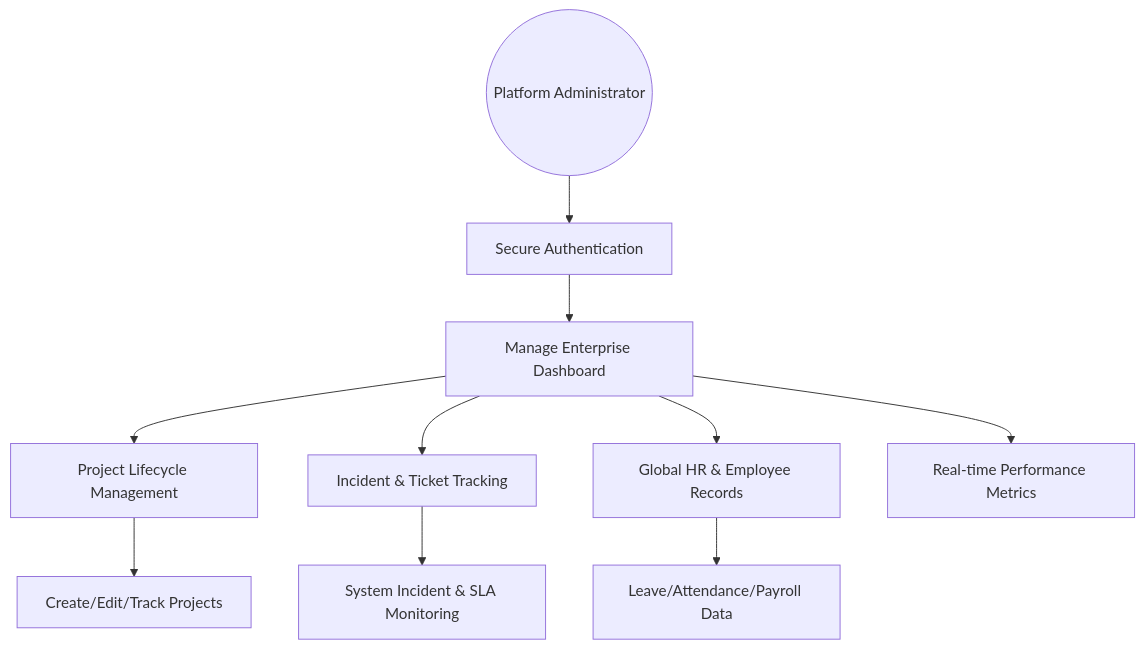
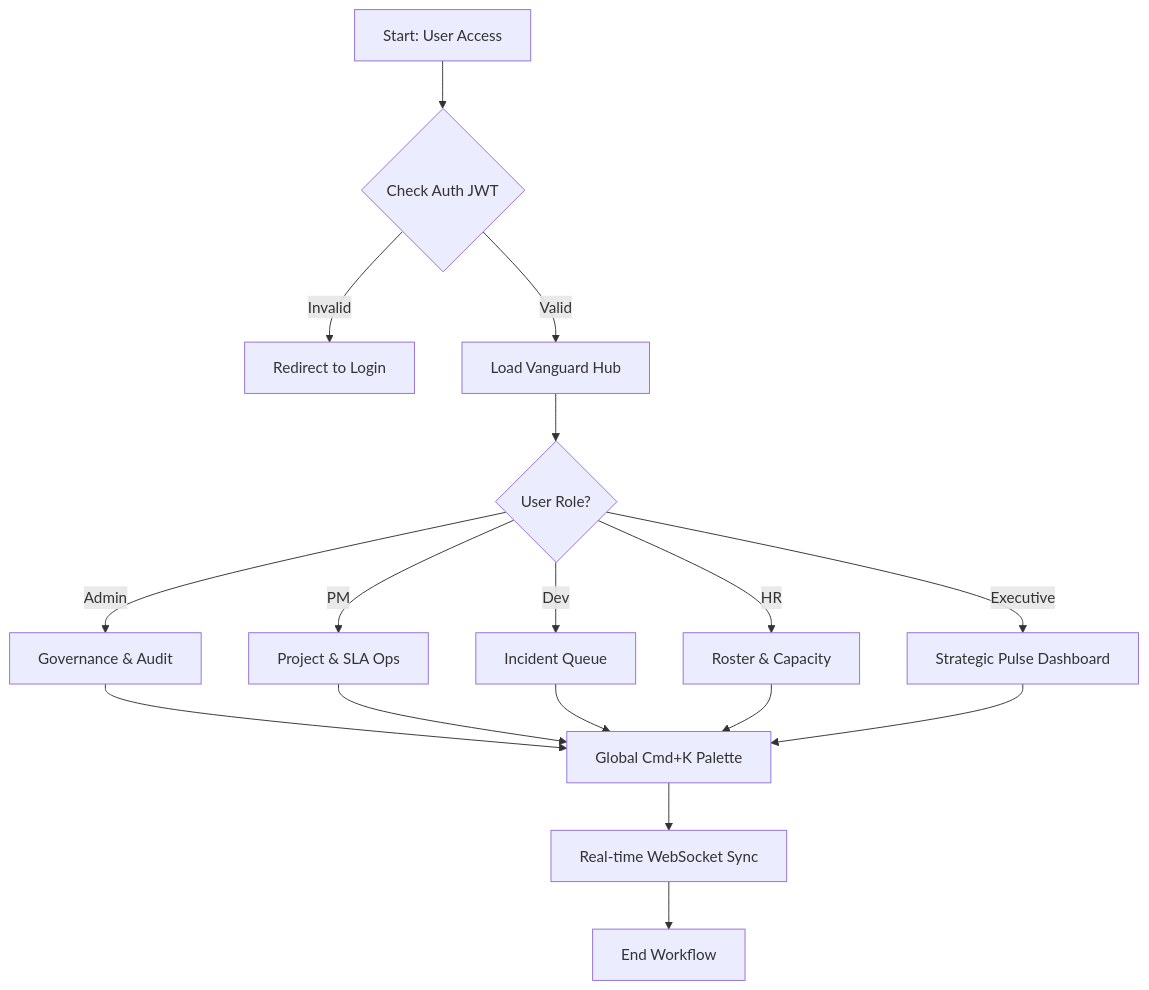
One commit to wi5nuu/Nexus-EMS changed the fourth of 6 diagrams in README.md. Above: the diagram before and after it, drawn with Mermaid. The commit also changed other lines of this file and 71 other files, not shown here.

Commit message:
feat: Vanguard Global Rebrand v0.0.1 - Strategic Execution Hub transformation

````diff
--- a/README.md
+++ b/README.md
@@ -48,14 +259,16 @@
 ```mermaid
-graph TD
-    User((Platform Administrator)) --> Login[Secure Authentication]
-    Login --> Dashboard[Manage Enterprise Dashboard]
-    
-    Dashboard --> Projects[Project Lifecycle Management]
-    Dashboard --> Tickets[Incident & Ticket Tracking]
-    Dashboard --> HR[Global HR & Employee Records]
-    Dashboard --> Analytics[Real-time Performance Metrics]
-    
-    Projects --> CRUD_P[Create/Edit/Track Projects]
-    Tickets --> CRUD_T[System Incident & SLA Monitoring]
-    HR --> CRUD_H[Leave/Attendance/Payroll Data]
+flowchart TD
+    A[Start: User Access] --> B{Check Auth JWT}
+    B -- Invalid --> C[Redirect to Login]
+    B -- Valid --> D[Load Vanguard Hub]
+    D --> E{User Role?}
+    E -- Admin --> F[Governance & Audit]
+    E -- PM --> G[Project & SLA Ops]
+    E -- Dev --> H[Incident Queue]
+    E -- HR --> I[Roster & Capacity]
+    E -- Executive --> J[Strategic Pulse Dashboard]
+
+    F & G & H & I & J --> K[Global Cmd+K Palette]
+    K --> L[Real-time WebSocket Sync]
+    L --> M[End Workflow]
 ```
````
